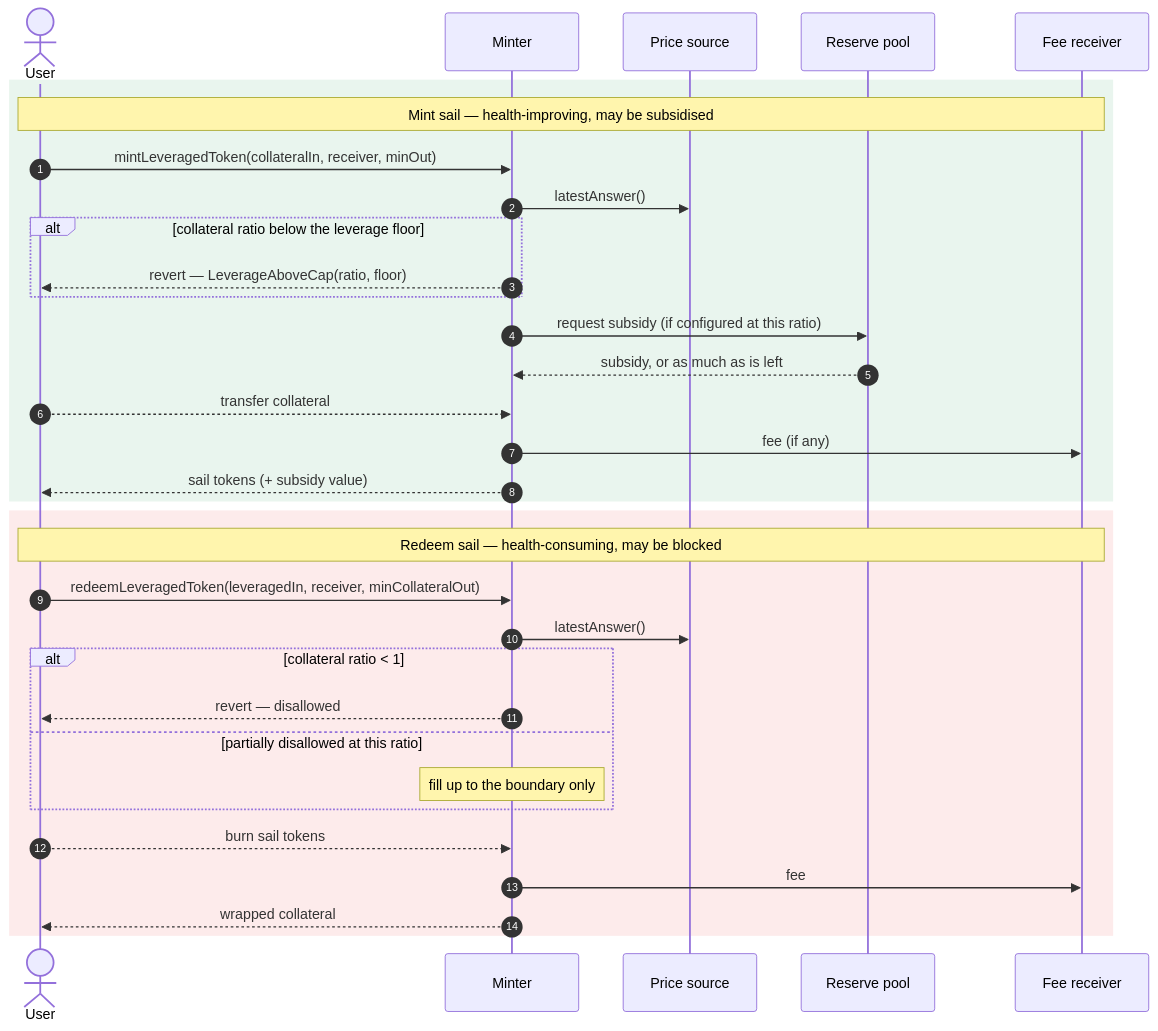
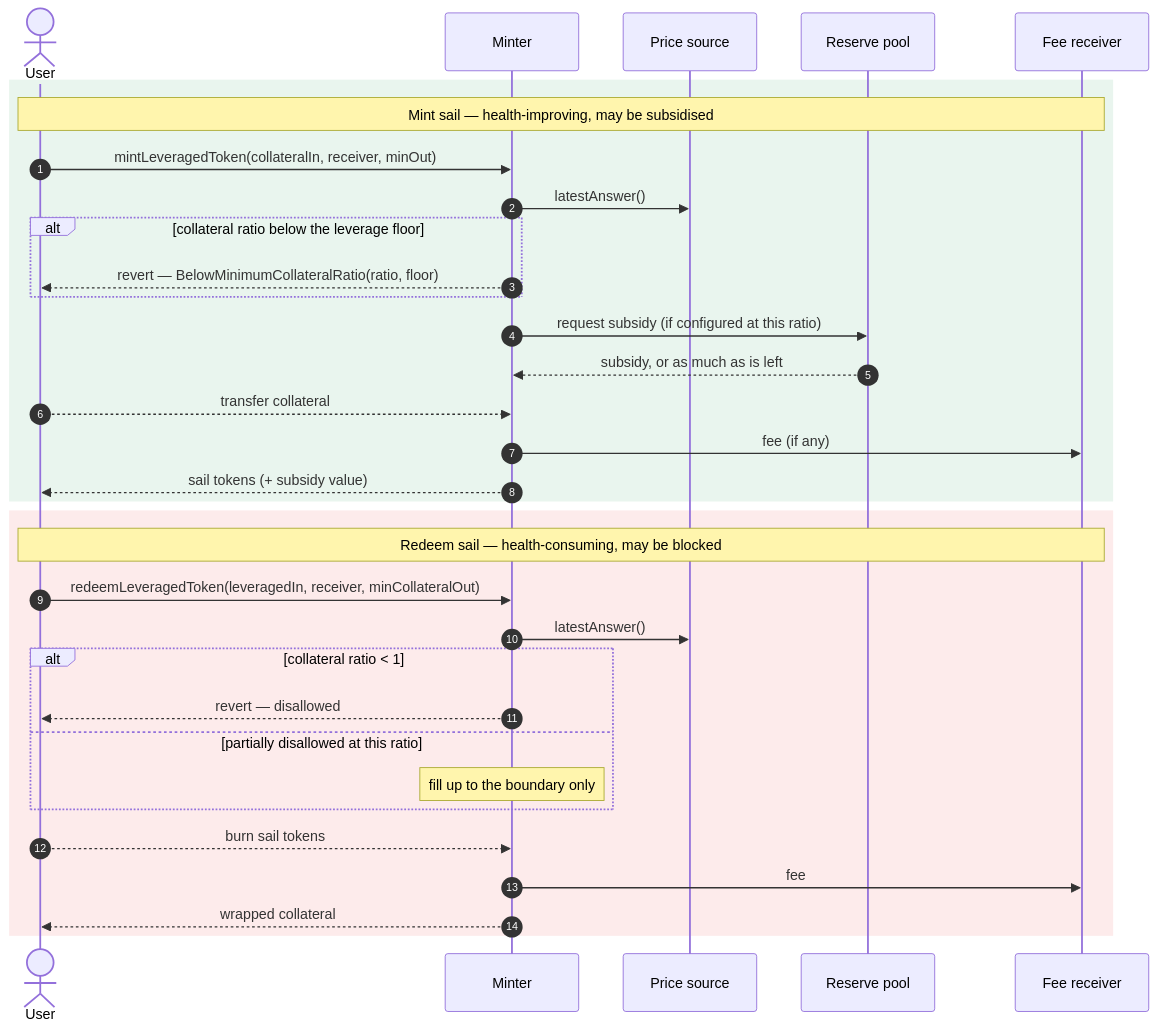
One commit to baofinance/harbor changed the sixth of 16 diagrams in doc/functional-spec.md. Above: the diagram before and after it, drawn with Mermaid. The commit also changed other lines of this file and 35 other files, not shown here.

````diff
--- a/doc/functional-spec.md
+++ b/doc/functional-spec.md
@@ -1143,37 +1151,37 @@
 ```mermaid
 sequenceDiagram
     autonumber
     actor U as User
     participant M as Minter
     participant O as Price source
     participant R as Reserve pool
     participant F as Fee receiver
 
     rect rgb(233, 245, 238)
     note over U,F: Mint sail — health-improving, may be subsidised
     U->>M: mintLeveragedToken(collateralIn, receiver, minOut)
     M->>O: latestAnswer()
     alt collateral ratio below the leverage floor
-        M-->>U: revert — LeverageAboveCap(ratio, floor)
+        M-->>U: revert — BelowMinimumCollateralRatio(ratio, floor)
     end
     M->>R: request subsidy (if configured at this ratio)
     R-->>M: subsidy, or as much as is left
     U-->>M: transfer collateral
     M->>F: fee (if any)
     M-->>U: sail tokens (+ subsidy value)
     end
 
     rect rgb(253, 235, 235)
     note over U,F: Redeem sail — health-consuming, may be blocked
     U->>M: redeemLeveragedToken(leveragedIn, receiver, minCollateralOut)
     M->>O: latestAnswer()
     alt collateral ratio < 1
         M-->>U: revert — disallowed
     else partially disallowed at this ratio
         note over M: fill up to the boundary only
     end
     U-->>M: burn sail tokens
     M->>F: fee
     M-->>U: wrapped collateral
     end
 ```
````
